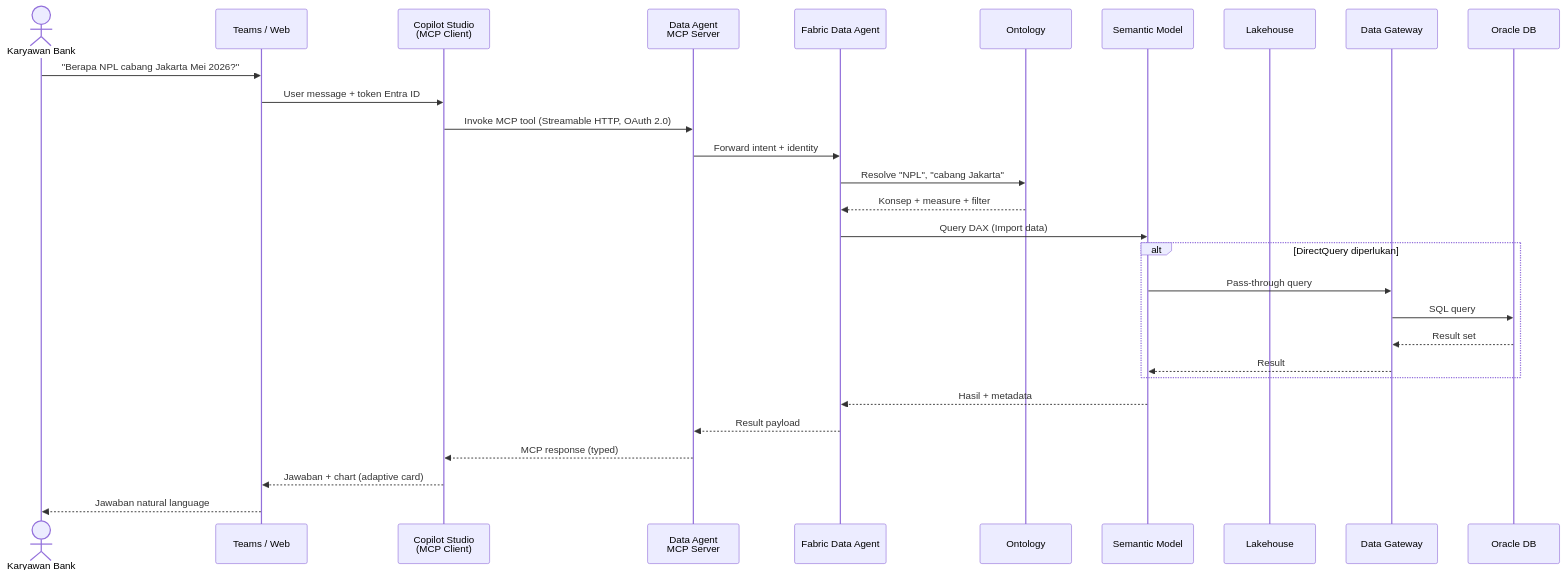
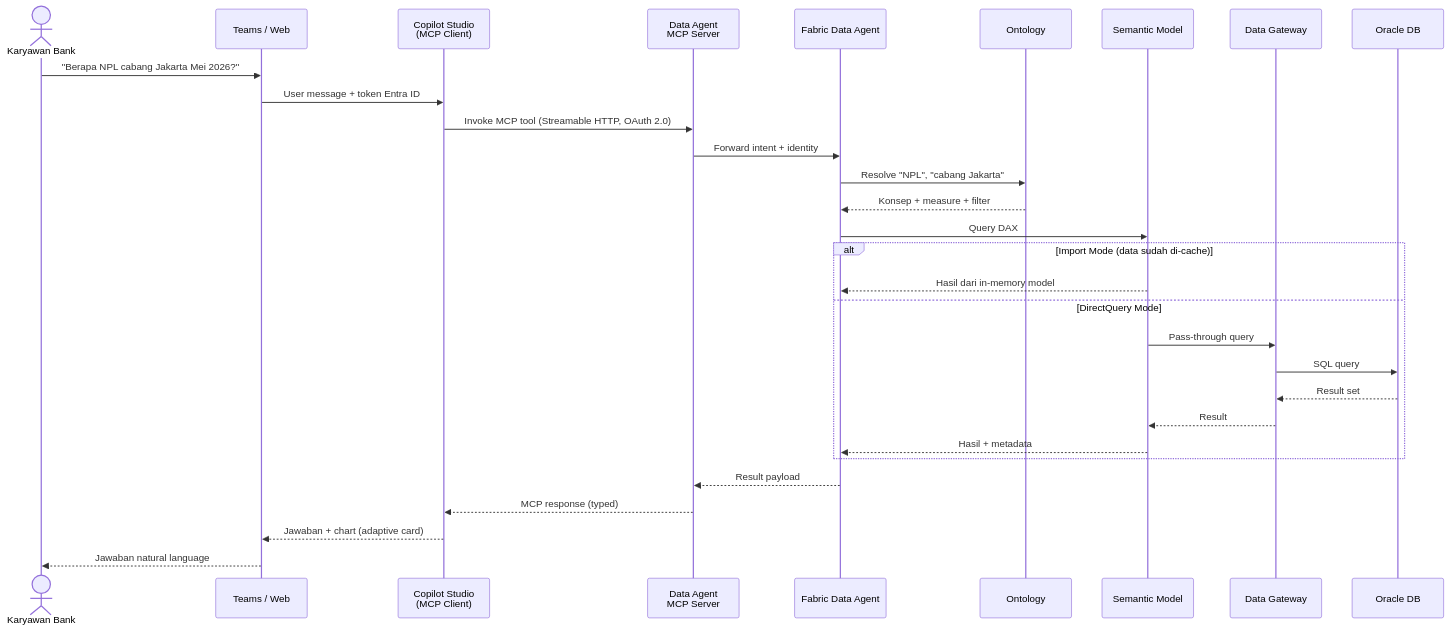
The second of 2 diagrams in Proposed-Solution-ContosoBank.md (edhotp/contoso-bank-propose-solution), drawn with Mermaid before and after one commit. The commit also changed other lines of this file, not shown here.

Commit message:
Remove Lakehouse/Warehouse and Data Pipeline; Semantic Model connects directly to Oracle via Data Gateway

````diff
--- a/Proposed-Solution-ContosoBank.md
+++ b/Proposed-Solution-ContosoBank.md
@@ -162,32 +155,33 @@
 ```mermaid
 sequenceDiagram
     actor U as Karyawan Bank
     participant T as Teams / Web
     participant CS as Copilot Studio<br/>(MCP Client)
     participant MCP as Data Agent<br/>MCP Server
     participant FA as Fabric Data Agent
     participant ONT as Ontology
     participant SM as Semantic Model
-    participant LH as Lakehouse
     participant GW as Data Gateway
     participant ORA as Oracle DB
 
     U->>T: "Berapa NPL cabang Jakarta Mei 2026?"
     T->>CS: User message + token Entra ID
     CS->>MCP: Invoke MCP tool (Streamable HTTP, OAuth 2.0)
     MCP->>FA: Forward intent + identity
     FA->>ONT: Resolve "NPL", "cabang Jakarta"
     ONT-->>FA: Konsep + measure + filter
-    FA->>SM: Query DAX (Import data)
-    alt DirectQuery diperlukan
+    FA->>SM: Query DAX
+    alt Import Mode (data sudah di-cache)
+        SM-->>FA: Hasil dari in-memory model
+    else DirectQuery Mode
         SM->>GW: Pass-through query
         GW->>ORA: SQL query
         ORA-->>GW: Result set
         GW-->>SM: Result
+        SM-->>FA: Hasil + metadata
     end
-    SM-->>FA: Hasil + metadata
     FA-->>MCP: Result payload
     MCP-->>CS: MCP response (typed)
     CS-->>T: Jawaban + chart (adaptive card)
     T-->>U: Jawaban natural language
 ```
````
